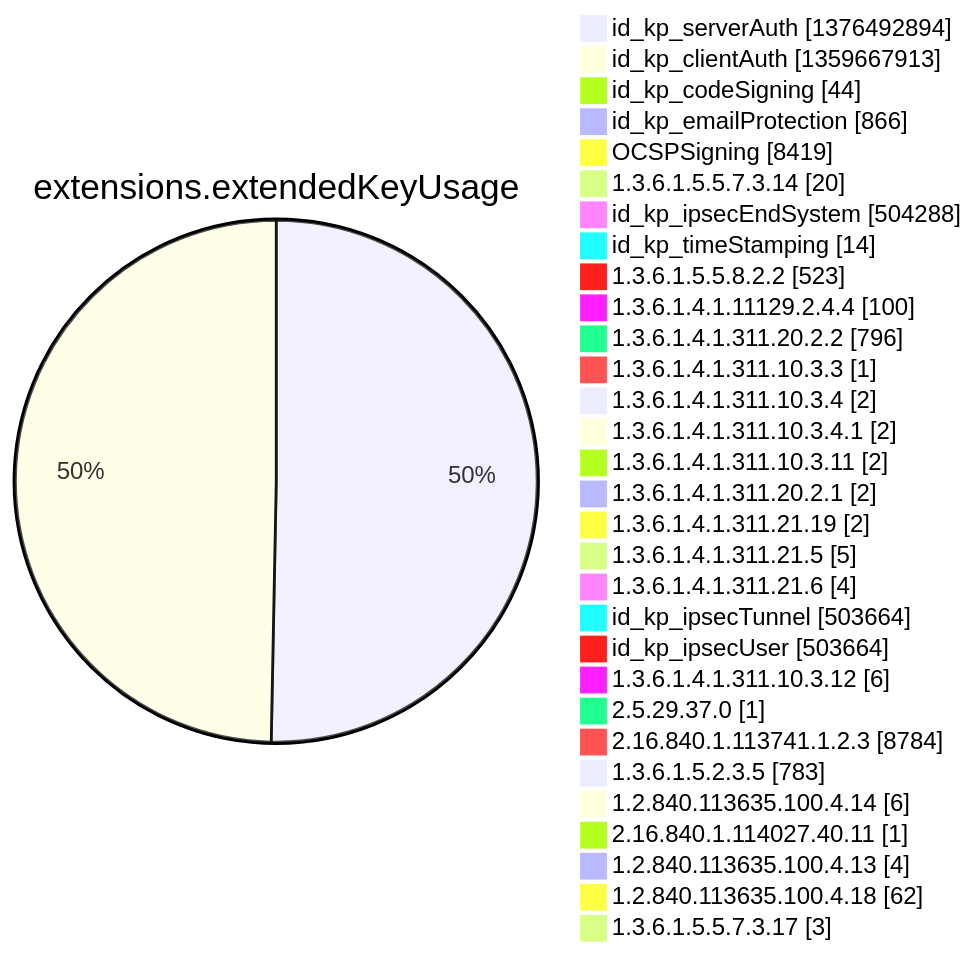
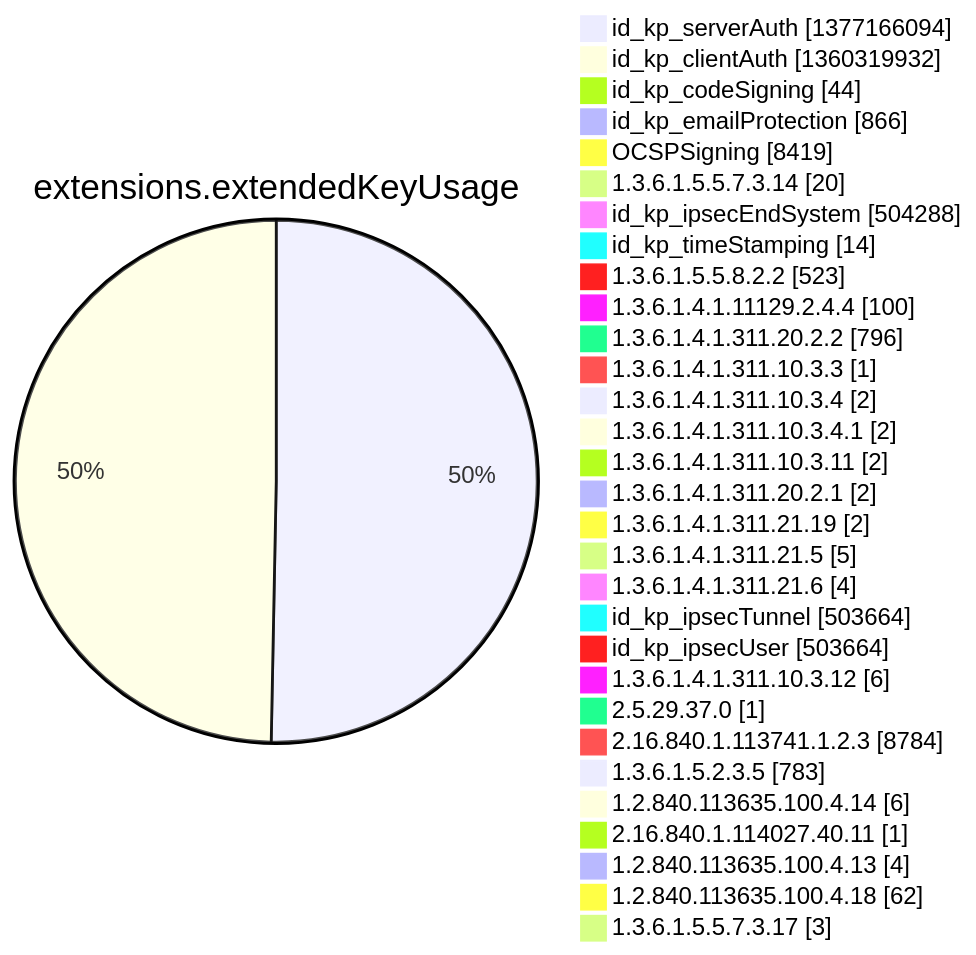
Before and after one commit to christiankrug/ctmonitor_visualization: diagram 12 of 15 in argon2022/README.md, drawn with Mermaid. The commit also changed other lines of this file, not shown here.

````diff
--- a/argon2022/README.md
+++ b/argon2022/README.md
@@ -3553,34 +3553,34 @@
 ```mermaid
 pie showData
 title extensions.extendedKeyUsage
-"id_kp_serverAuth" :1376492894
-"id_kp_clientAuth" :1359667913
+"id_kp_serverAuth" :1377166094
+"id_kp_clientAuth" :1360319932
 "id_kp_codeSigning" :44
 "id_kp_emailProtection" :866
 "OCSPSigning" :8419
 "1.3.6.1.5.5.7.3.14" :20
 "id_kp_ipsecEndSystem" :504288
 "id_kp_timeStamping" :14
 "1.3.6.1.5.5.8.2.2" :523
 "1.3.6.1.4.1.11129.2.4.4" :100
 "1.3.6.1.4.1.311.20.2.2" :796
 "1.3.6.1.4.1.311.10.3.3" :1
 "1.3.6.1.4.1.311.10.3.4" :2
 "1.3.6.1.4.1.311.10.3.4.1" :2
 "1.3.6.1.4.1.311.10.3.11" :2
 "1.3.6.1.4.1.311.20.2.1" :2
 "1.3.6.1.4.1.311.21.19" :2
 "1.3.6.1.4.1.311.21.5" :5
 "1.3.6.1.4.1.311.21.6" :4
 "id_kp_ipsecTunnel" :503664
 "id_kp_ipsecUser" :503664
 "1.3.6.1.4.1.311.10.3.12" :6
 "2.5.29.37.0" :1
 "2.16.840.1.113741.1.2.3" :8784
 "1.3.6.1.5.2.3.5" :783
 "1.2.840.113635.100.4.14" :6
 "2.16.840.1.114027.40.11" :1
 "1.2.840.113635.100.4.13" :4
 "1.2.840.113635.100.4.18" :62
 "1.3.6.1.5.5.7.3.17" :3
 ```
````
